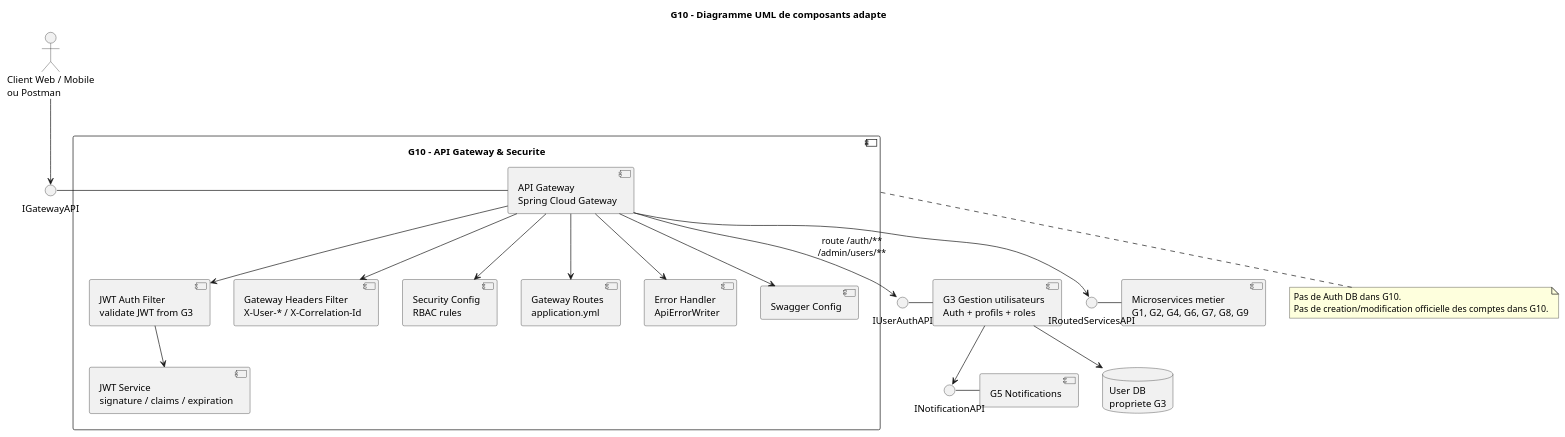
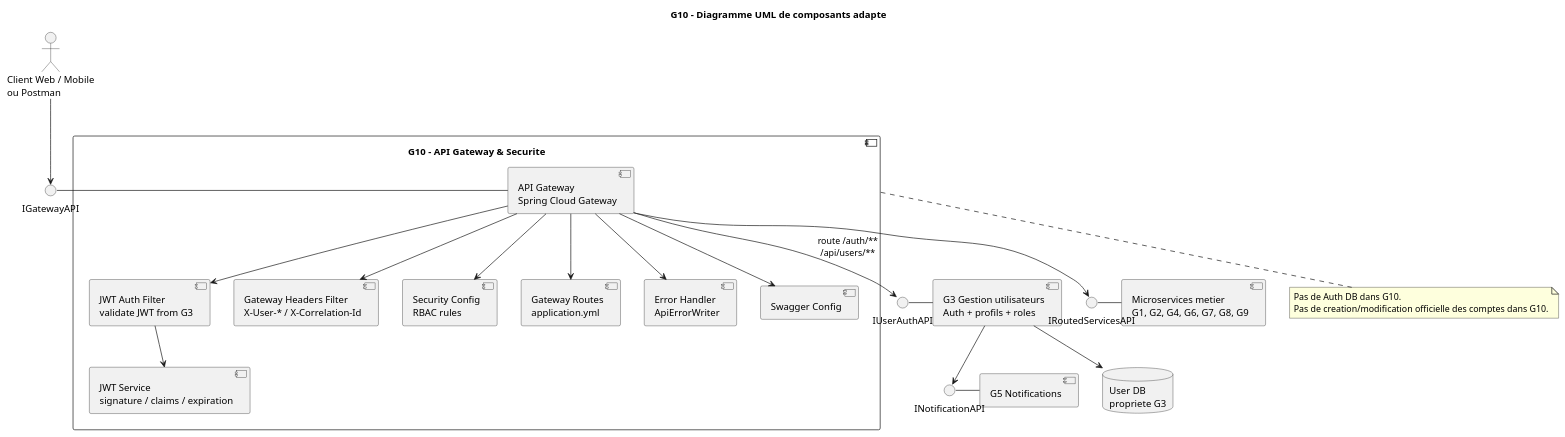
Before and after one commit to AmineElBiyadi/SGITU-Microservices: the diagram in api-gateway/docs/diagrams/g10_02_diagramme_composants.puml, drawn with PlantUML. The commit also changed 26 other files, not shown here.

```diff
--- a/api-gateway/docs/diagrams/g10_02_diagramme_composants.puml
+++ b/api-gateway/docs/diagrams/g10_02_diagramme_composants.puml
@@ -1,55 +1,55 @@
 @startuml
 title G10 - Diagramme UML de composants adapte
 
 skinparam componentStyle uml2
 skinparam shadowing false
 
 actor "Client Web / Mobile\nou Postman" as Client
 
 component "G10 - API Gateway & Securite" as G10 {
   component "API Gateway\nSpring Cloud Gateway" as Gateway
   component "JWT Auth Filter\nvalidate JWT from G3" as JwtFilter
   component "JWT Service\nsignature / claims / expiration" as JwtService
   component "Gateway Headers Filter\nX-User-* / X-Correlation-Id" as HeadersFilter
   component "Security Config\nRBAC rules" as SecurityConfig
   component "Gateway Routes\napplication.yml" as Routes
   component "Error Handler\nApiErrorWriter" as ErrorHandler
   component "Swagger Config" as Swagger
 }
 
 component "G3 Gestion utilisateurs\nAuth + profils + roles" as G3
 database "User DB\npropriete G3" as G3Db
 component "G5 Notifications" as G5
 component "Microservices metier\nG1, G2, G4, G6, G7, G8, G9" as Services
 
 interface "IGatewayAPI" as IGatewayAPI
 interface "IUserAuthAPI" as IUserAuthAPI
 interface "IRoutedServicesAPI" as IRoutedServicesAPI
 interface "INotificationAPI" as INotificationAPI
 
 Client --> IGatewayAPI
 IGatewayAPI - Gateway
 
 Gateway --> JwtFilter
 JwtFilter --> JwtService
 Gateway --> HeadersFilter
 Gateway --> SecurityConfig
 Gateway --> Routes
 Gateway --> ErrorHandler
 Gateway --> Swagger
 
-Gateway --> IUserAuthAPI : route /auth/**\n/admin/users/**
+Gateway --> IUserAuthAPI : route /auth/**\n/api/users/**
 IUserAuthAPI - G3
 G3 --> G3Db
 G3 --> INotificationAPI
 INotificationAPI - G5
 
 Gateway --> IRoutedServicesAPI
 IRoutedServicesAPI - Services
 
 note bottom of G10
 Pas de Auth DB dans G10.
 Pas de creation/modification officielle des comptes dans G10.
 end note
 
 @enduml
```
